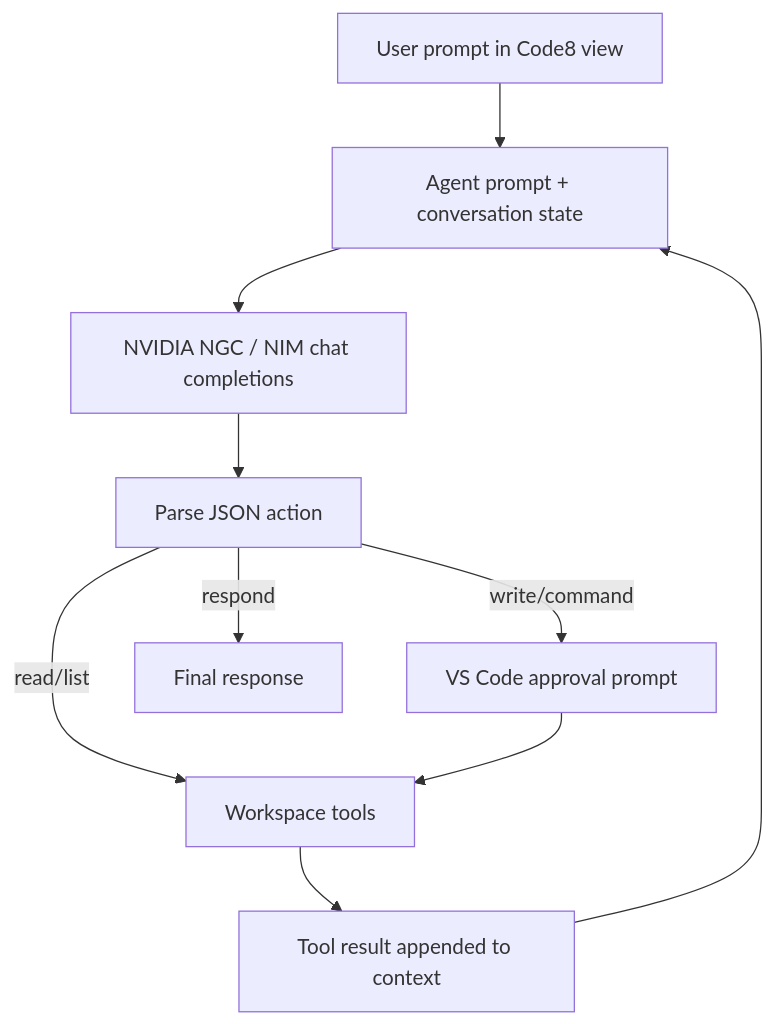
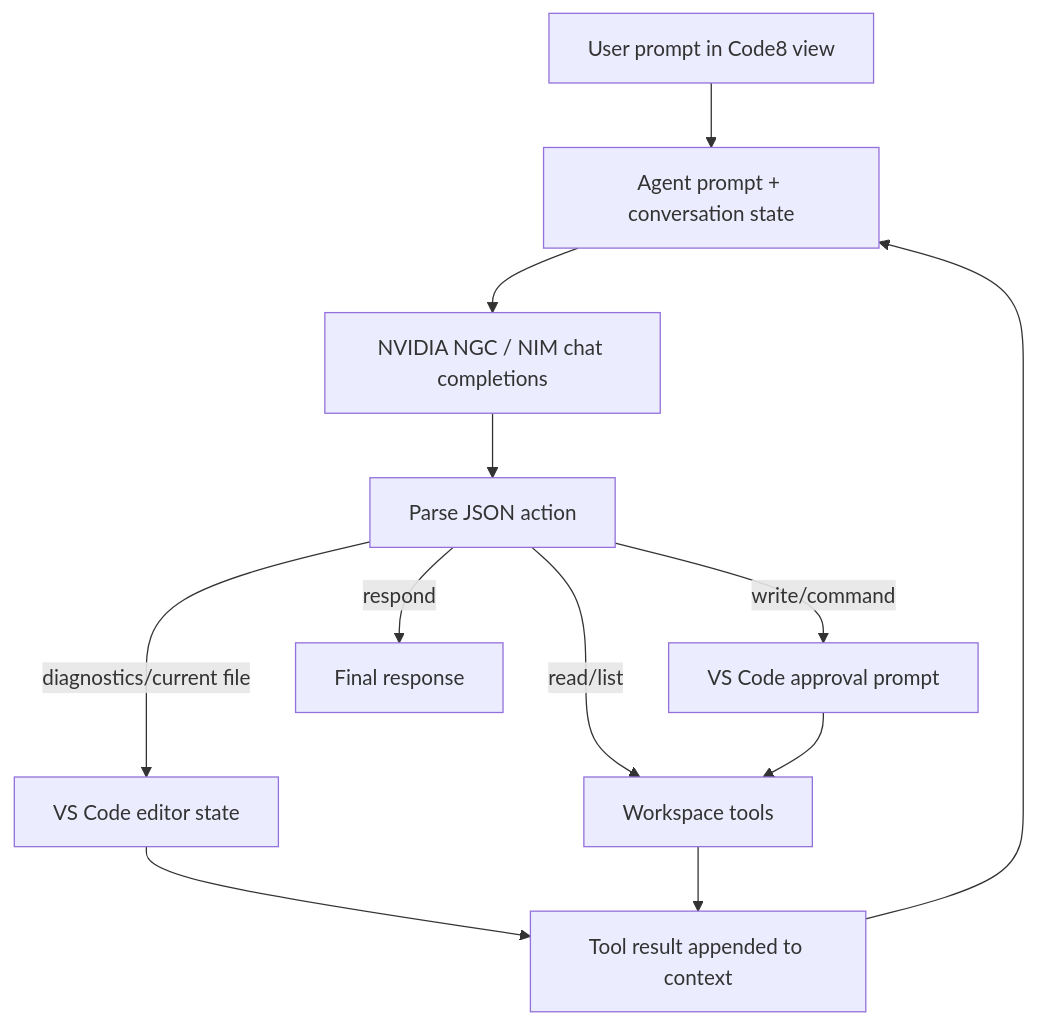
One commit to ofunk-nvidia/code8 changed the diagram in docs/architecture.adoc. Above: the diagram before and after it, drawn with Mermaid. The commit also changed other lines of this file and 14 other files, not shown here.

```diff
--- a/docs/architecture.adoc
+++ b/docs/architecture.adoc
@@ -33,13 +36,15 @@
 [mermaid]
 ....
 flowchart TD
   User[User prompt in Code8 view] --> Agent[Agent prompt + conversation state]
   Agent --> NGC[NVIDIA NGC / NIM chat completions]
   NGC --> Parse[Parse JSON action]
   Parse -->|read/list| Tools[Workspace tools]
+  Parse -->|diagnostics/current file| Editor[VS Code editor state]
   Parse -->|write/command| Approval[VS Code approval prompt]
   Approval --> Tools
+  Editor --> Result
   Tools --> Result[Tool result appended to context]
   Result --> Agent
   Parse -->|respond| Done[Final response]
 ....
```
